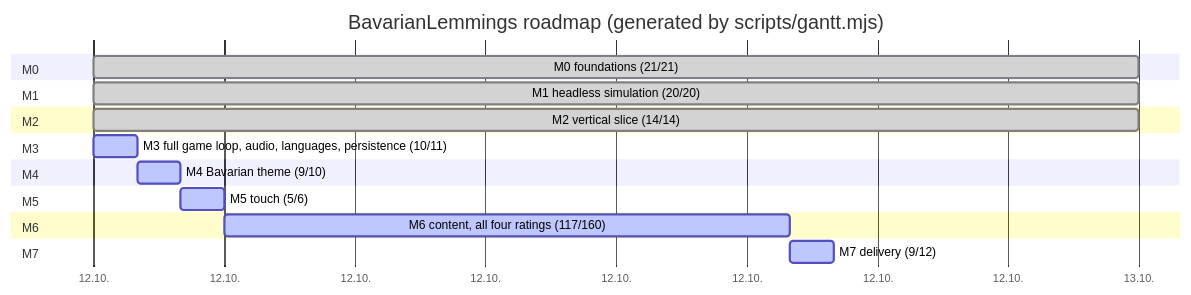
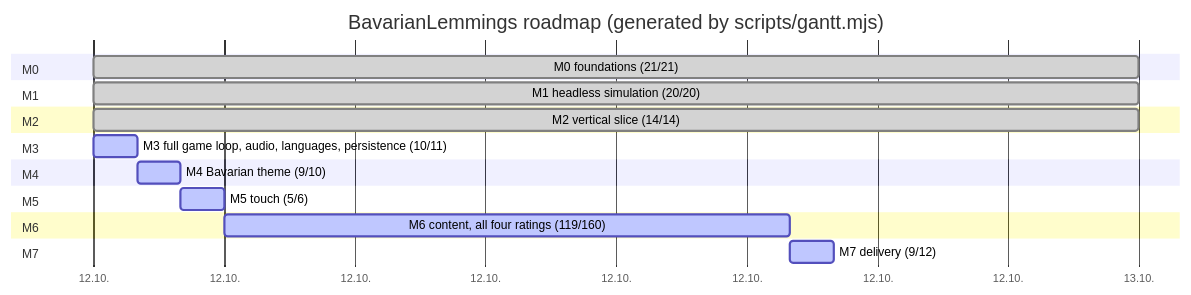
The diagram in plan.md (marcelpetrick/BavarianLemmings), drawn with Mermaid before and after one commit. The commit also changed other lines of this file and 10 other files, not shown here.

````diff
--- a/plan.md
+++ b/plan.md
@@ -43,22 +43,22 @@
 ```mermaid
 gantt
     title BavarianLemmings roadmap (generated by scripts/gantt.mjs)
     dateFormat  YYYY-MM-DD
     axisFormat  %d.%m.
     section M0
     M0 foundations (21/21) :done, m0, 2026-10-12, 1d
     section M1
     M1 headless simulation (20/20) :done, m1, 2026-10-12, 1d
     section M2
     M2 vertical slice (14/14) :done, m2, 2026-10-12, 1d
     section M3
     M3 full game loop, audio, languages, persistence (10/11) :active, m3, 2026-10-12, 1h
     section M4
     M4 Bavarian theme (9/10) :active, m4, after m3, 1h
     section M5
     M5 touch (5/6) :active, m5, after m4, 1h
     section M6
-    M6 content, all four ratings (117/160) :active, m6, after m5, 13h
+    M6 content, all four ratings (119/160) :active, m6, after m5, 13h
     section M7
     M7 delivery (9/12) :active, m7, after m6, 1h
 ```
````
